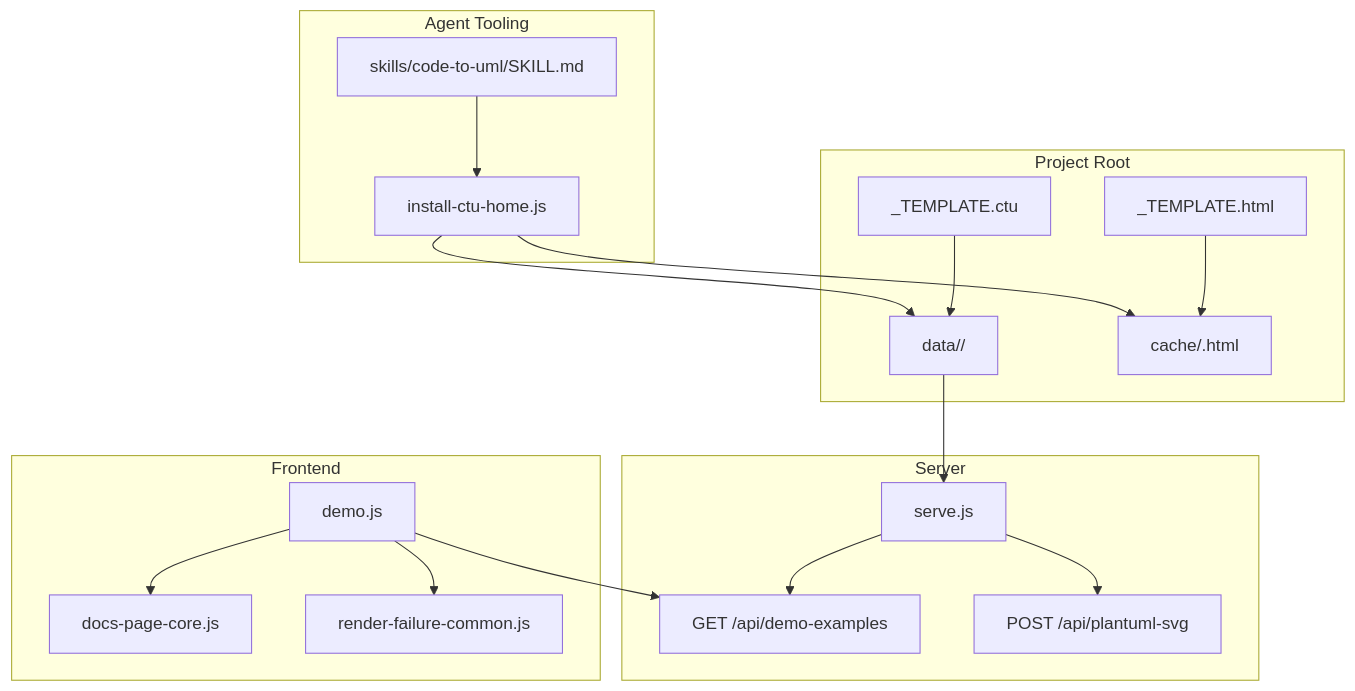
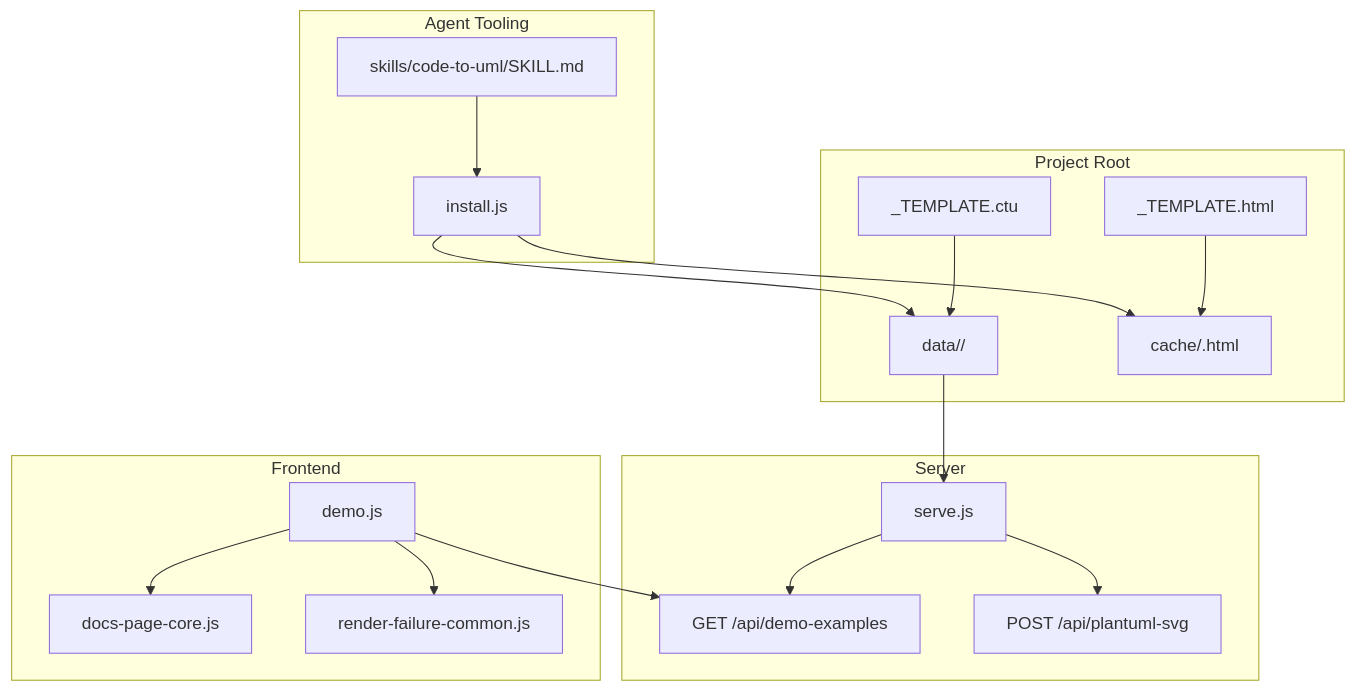
The first of 8 diagrams in .qoder/repowiki/en/content/AI Agent Integration/Workflow Automation.md (pingwurth/code-to-uml), drawn with Mermaid before and after one commit. The commit also changed other lines of this file and 26 other files, not shown here.

Commit message:
rename install-ctu-home.js install.js

````diff
--- a/.qoder/repowiki/en/content/AI Agent Integration/Workflow Automation.md
+++ b/.qoder/repowiki/en/content/AI Agent Integration/Workflow Automation.md
@@ -53,34 +53,34 @@
 ```mermaid
 graph TB
 subgraph "Agent Tooling"
 SKILL["skills/code-to-uml/SKILL.md"]
-INSTALL["install-ctu-home.js"]
+INSTALL["install.js"]
 end
 subgraph "Project Root"
 DATA["data/<report-slug>/"]
 CACHE["cache/<report>.html"]
 TPL_HTML["_TEMPLATE.html"]
 TPL_CTU["_TEMPLATE.ctu"]
 end
 subgraph "Server"
 SERVE["serve.js"]
 API_DEMO["GET /api/demo-examples"]
 API_PLANT["POST /api/plantuml-svg"]
 end
 subgraph "Frontend"
 DEMOJS["demo.js"]
 CORE["docs-page-core.js"]
 FAIL["render-failure-common.js"]
 end
 SKILL --> INSTALL
 INSTALL --> DATA
 INSTALL --> CACHE
 DATA --> SERVE
 TPL_HTML --> CACHE
 TPL_CTU --> DATA
 SERVE --> API_DEMO
 SERVE --> API_PLANT
 DEMOJS --> API_DEMO
 DEMOJS --> CORE
 DEMOJS --> FAIL
 ```
````
